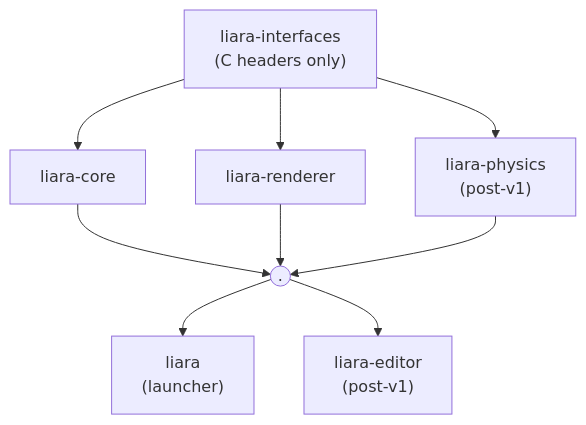
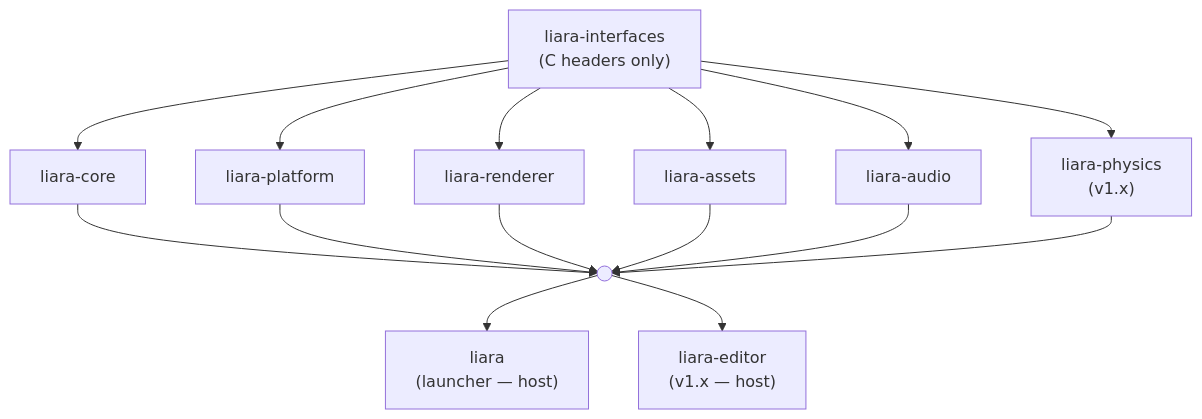
Before and after one commit to liara-engine/liara: the diagram in docs/MODULES.md, drawn with Mermaid. The commit also changed other lines of this file, not shown here.

````diff
--- a/docs/MODULES.md
+++ b/docs/MODULES.md
@@ -333,25 +476,34 @@
 ```mermaid
 flowchart TB
 
     interfaces["liara-interfaces<br/>(C headers only)"]
 
     core["liara-core"]
+    platform["liara-platform"]
     renderer["liara-renderer"]
-    physics["liara-physics<br/>(post-v1)"]
+    assets["liara-assets"]
+    audio["liara-audio"]
+    physics["liara-physics<br/>(v1.x)"]
 
-    launcher["liara<br/>(launcher)"]
-    editor["liara-editor<br/>(post-v1)"]
+    launcher["liara<br/>(launcher — host)"]
+    editor["liara-editor<br/>(v1.x — host)"]
 
     interfaces --> core
+    interfaces --> platform
     interfaces --> renderer
+    interfaces --> assets
+    interfaces --> audio
     interfaces --> physics
 
-    merge1((.))
+    merge1(( ))
 
     core --> merge1
+    platform --> merge1
     renderer --> merge1
+    assets --> merge1
+    audio --> merge1
     physics --> merge1
 
     merge1 --> launcher
     merge1 --> editor
 ```
````
